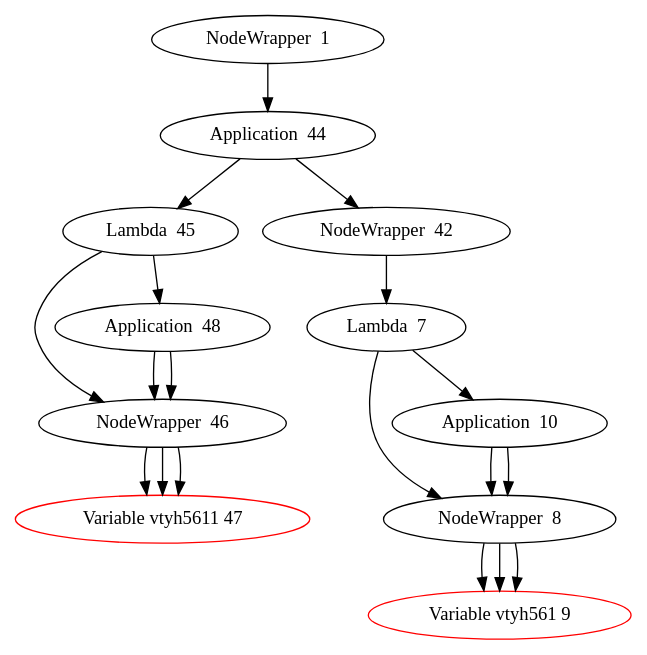
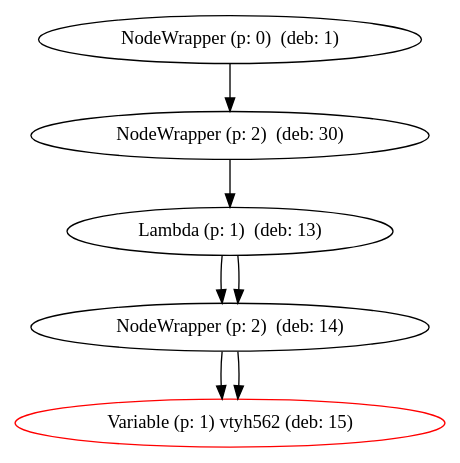
One commit to niki999922/Matlog changed the diagram in Lambda.dot. Above: the diagram before and after it, drawn with Graphviz. The commit also changed 30 other files, not shown here.

```diff
--- a/Lambda.dot
+++ b/Lambda.dot
@@ -1,40 +1,16 @@
 digraph Lambda {
-443308702 [label="NodeWrapper  1"];
-443308702 -> {1642534850};
-1642534850 [label="Application  44"];
-1642534850 -> {1305193908};
-1642534850 -> {721748895};
-1305193908 [label="Lambda  45"];
-1305193908 -> {1313953385};
-1305193908 -> {399573350};
-1313953385 [label="NodeWrapper  46"];
-1313953385 -> {463345942};
-463345942 [label="Variable vtyh5611 47", color=red];
-399573350 [label="Application  48"];
-399573350 -> {1313953385};
-399573350 -> {1313953385};
-1313953385 [label="NodeWrapper  46"];
-1313953385 -> {463345942};
-463345942 [label="Variable vtyh5611 47", color=red];
-1313953385 [label="NodeWrapper  46"];
-1313953385 -> {463345942};
-463345942 [label="Variable vtyh5611 47", color=red];
-721748895 [label="NodeWrapper  42"];
-721748895 -> {1190654826};
-1190654826 [label="Lambda  7"];
-1190654826 -> {636718812};
-1190654826 -> {445051633};
-636718812 [label="NodeWrapper  8"];
-636718812 -> {1051754451};
-1051754451 [label="Variable vtyh561 9", color=red];
-445051633 [label="Application  10"];
-445051633 -> {636718812};
-445051633 -> {636718812};
-636718812 [label="NodeWrapper  8"];
-636718812 -> {1051754451};
-1051754451 [label="Variable vtyh561 9", color=red];
-636718812 [label="NodeWrapper  8"];
-636718812 -> {1051754451};
-1051754451 [label="Variable vtyh561 9", color=red];
+443308702 [label="NodeWrapper (p: 0)  (deb: 1)"];
+443308702 -> {553264065};
+553264065 [label="NodeWrapper (p: 2)  (deb: 30)"];
+553264065 -> {1349277854};
+1349277854 [label="Lambda (p: 1)  (deb: 13)"];
+1349277854 -> {2040495657};
+1349277854 -> {2040495657};
+2040495657 [label="NodeWrapper (p: 2)  (deb: 14)"];
+2040495657 -> {1267032364};
+1267032364 [label="Variable (p: 1) vtyh562 (deb: 15)", color=red];
+2040495657 [label="NodeWrapper (p: 2)  (deb: 14)"];
+2040495657 -> {1267032364};
+1267032364 [label="Variable (p: 1) vtyh562 (deb: 15)", color=red];
 
 }
```
